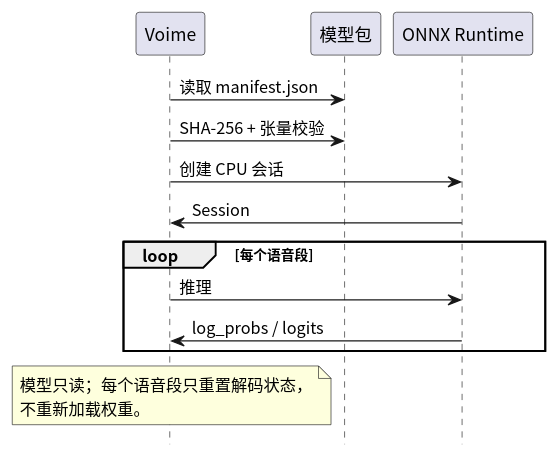
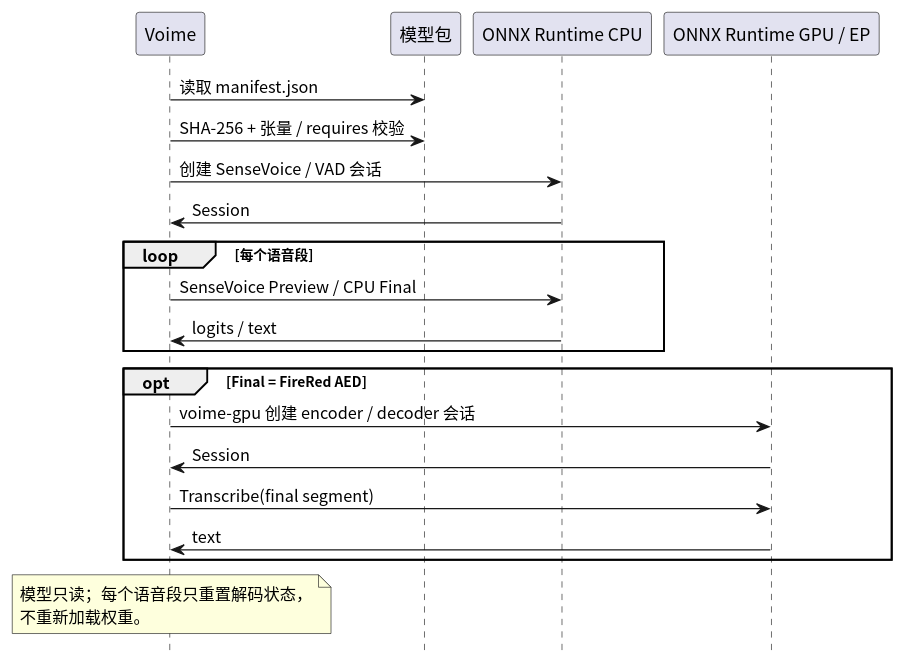
The diagram in diagram/provider-inference.puml (54m43lJ/voime), drawn with PlantUML before and after one commit. The commit also changed 69 other files, not shown here.

```diff
--- a/diagram/provider-inference.puml
+++ b/diagram/provider-inference.puml
@@ -1,24 +1,32 @@
 @startuml
 skinparam defaultFontName "Noto Sans CJK SC"
 skinparam shadowing false
 hide footbox
 
 participant "Voime" as Voime
 participant "模型包" as Model
-participant "ONNX Runtime" as Ort
+participant "ONNX Runtime CPU" as OrtCpu
+participant "ONNX Runtime GPU / EP" as OrtGpu
 
 Voime -> Model : 读取 manifest.json
-Voime -> Model : SHA-256 + 张量校验
-Voime -> Ort : 创建 CPU 会话
-Ort -> Voime : Session
+Voime -> Model : SHA-256 + 张量 / requires 校验
+Voime -> OrtCpu : 创建 SenseVoice / VAD 会话
+OrtCpu -> Voime : Session
 
 loop 每个语音段
-  Voime -> Ort : 推理
-  Ort -> Voime : log_probs / logits
+  Voime -> OrtCpu : SenseVoice Preview / CPU Final
+  OrtCpu -> Voime : logits / text
+end
+
+opt Final = FireRed AED
+  Voime -> OrtGpu : voime-gpu 创建 encoder / decoder 会话
+  OrtGpu -> Voime : Session
+  Voime -> OrtGpu : Transcribe(final segment)
+  OrtGpu -> Voime : text
 end
 
 note over Voime
   模型只读；每个语音段只重置解码状态，
   不重新加载权重。
 end note
 @enduml
```
